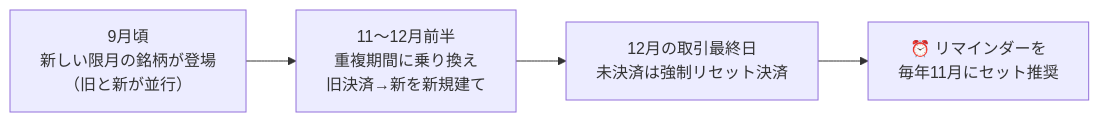
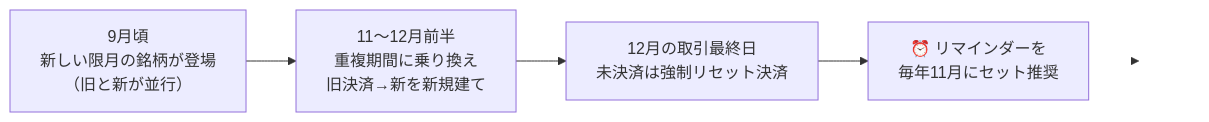
The sixth of 6 diagrams in SBI_KABU365_NASDAQ_GUIDE_20260624.md (KazuyaMurayama/NASDAQ_backtest), drawn with Mermaid before and after one commit. The commit also changed other lines of this file and 1 other file, not shown here.

First line of the commit message:
fix(guide): Mermaid右上ズームUIの文字被りを透明スペーサーで回避＋可視化ルールに恒久対策を明文化

````diff
--- a/SBI_KABU365_NASDAQ_GUIDE_20260624.md
+++ b/SBI_KABU365_NASDAQ_GUIDE_20260624.md
@@ -426,6 +440,9 @@
 ```mermaid
 flowchart LR
     A["9月頃<br/>新しい限月の銘柄が登場<br/>（旧と新が並行）"] --> B["11〜12月前半<br/>重複期間に乗り換え<br/>旧決済→新を新規建て"]
     B --> C["12月の取引最終日<br/>未決済は強制リセット決済"]
     C --> D["⏰ リマインダーを<br/>毎年11月にセット推奨"]
+    D --> Z["　　　　　　　　"]
+    linkStyle 3 stroke-width:0px
+    style Z fill:transparent,stroke:transparent,color:transparent
 ```
````
